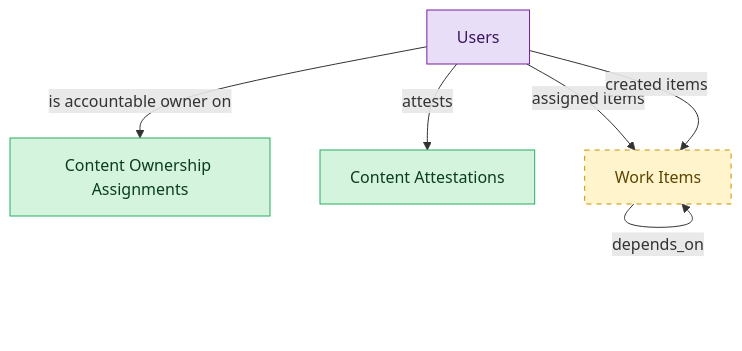
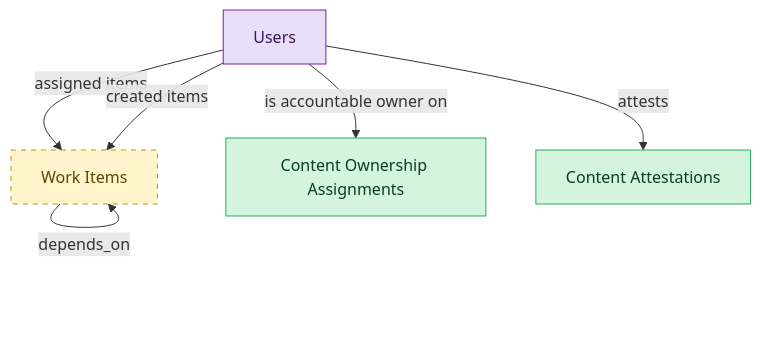
Before and after one commit to IntranetFactory/domain-map: the diagram in catalog/blueprints/intgov-governance-semantic-blueprint.md, drawn with Mermaid. The commit also changed other lines of this file and 122 other files, not shown here.

````diff
--- a/catalog/blueprints/intgov-governance-semantic-blueprint.md
+++ b/catalog/blueprints/intgov-governance-semantic-blueprint.md
@@ -32,20 +33,20 @@
 ```mermaid
 flowchart TD
   classDef master fill:#d4f4dd,stroke:#27ae60,color:#0b3d20;
   classDef embedded_master fill:#fff4cc,stroke:#c79100,color:#5b4500;
   classDef consumer fill:#e8def8,stroke:#7b1fa2,color:#3a155d;
+  work_items["Work Items"]
+  users["Users"]
   intranet_content_ownership_assignments["Content Ownership Assignments"]
   intranet_content_attestations["Content Attestations"]
-  work_items["Work Items"]
-  users["Users"]
   work_items -->|"depends_on"| work_items
   users -->|"assigned items"| work_items
   users -->|"created items"| work_items
   users -->|"is accountable owner on"| intranet_content_ownership_assignments
   users -->|"attests"| intranet_content_attestations
+  class work_items embedded_master;
+  class users consumer;
   class intranet_content_ownership_assignments master;
   class intranet_content_attestations master;
-  class work_items embedded_master;
-  class users consumer;
   style work_items stroke-dasharray:5 5;
 ```
````
